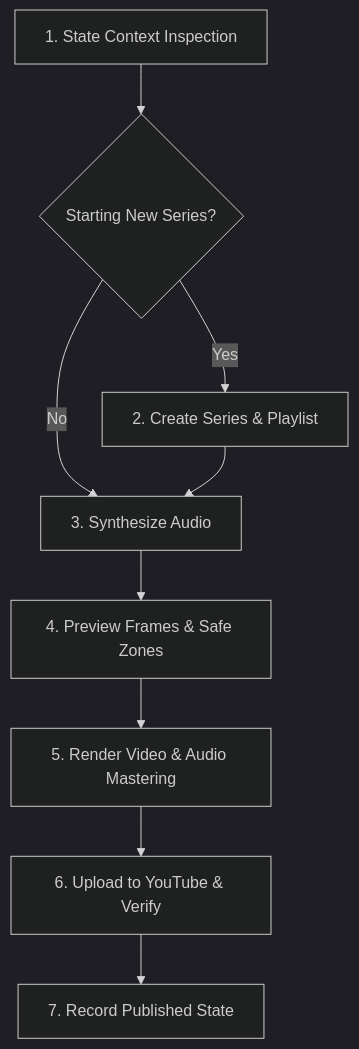
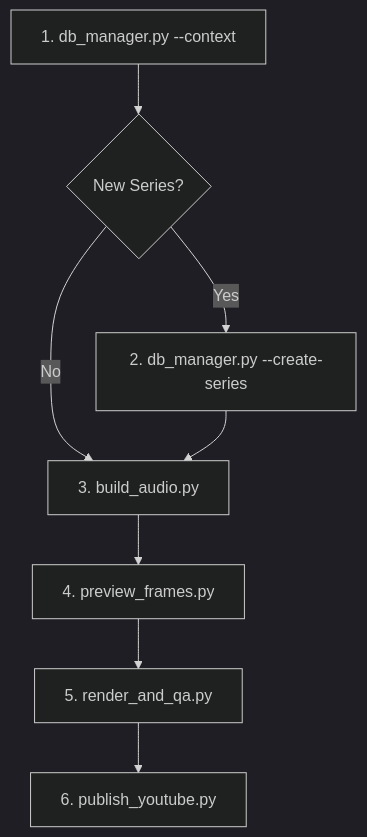
One commit to manishborikar92/Sutradhar changed the diagram in docs/SETUP_AND_OPERATIONS.md. Above: the diagram before and after it, drawn with Mermaid (dark theme). The commit also changed other lines of this file and 12 other files, not shown here.

First line of the commit message:
feat(publishing,qa): Implement Phase 5 hardened YouTube publishing with atomic metadata policy and KinoCut verification

````diff
--- a/docs/SETUP_AND_OPERATIONS.md
+++ b/docs/SETUP_AND_OPERATIONS.md
@@ -101,11 +78,10 @@
 ```mermaid
 flowchart TD
-    S1["1. State Context Inspection"] --> S2{"Starting New Series?"}
-    S2 -- Yes --> S3["2. Create Series & Playlist"]
-    S2 -- No --> S4["3. Synthesize Audio"]
+    S1["1. db_manager.py --context"] --> S2{"New Series?"}
+    S2 -- Yes --> S3["2. db_manager.py --create-series"]
+    S2 -- No --> S4["3. build_audio.py"]
     S3 --> S4
-    S4 --> S5["4. Preview Frames & Safe Zones"]
-    S5 --> S6["5. Render Video & Audio Mastering"]
-    S6 --> S7["6. Upload to YouTube & Verify"]
-    S7 --> S8["7. Record Published State"]
+    S4 --> S5["4. preview_frames.py"]
+    S5 --> S6["5. render_and_qa.py"]
+    S6 --> S7["6. publish_youtube.py"]
 ```
````
